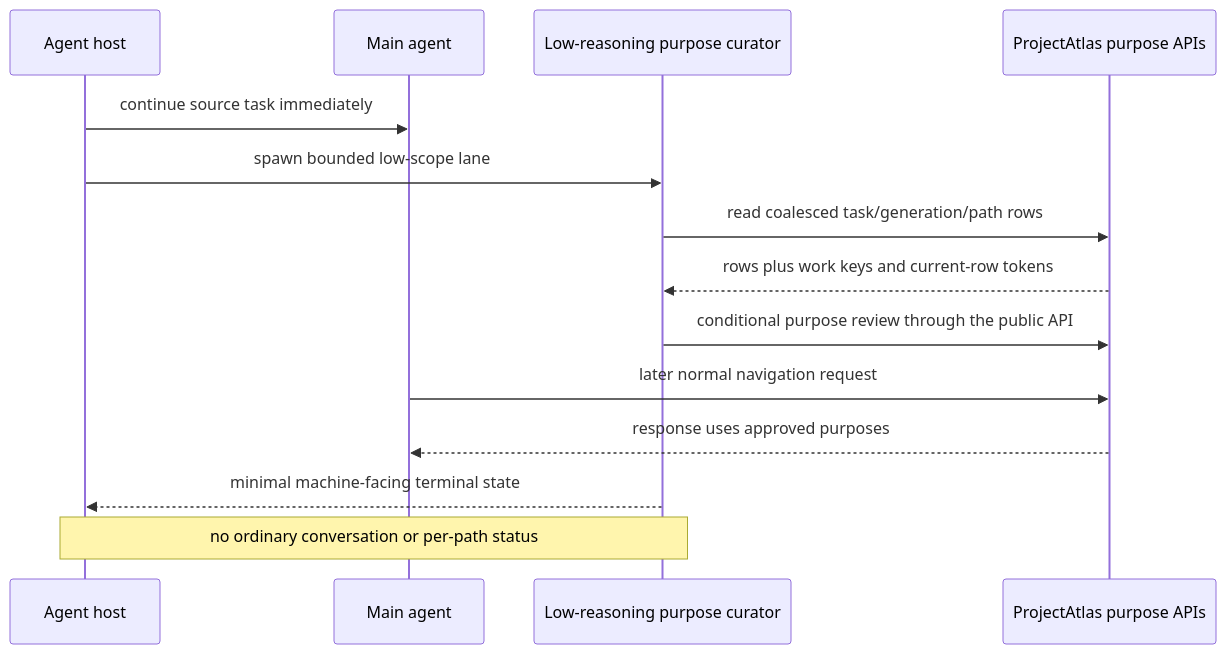
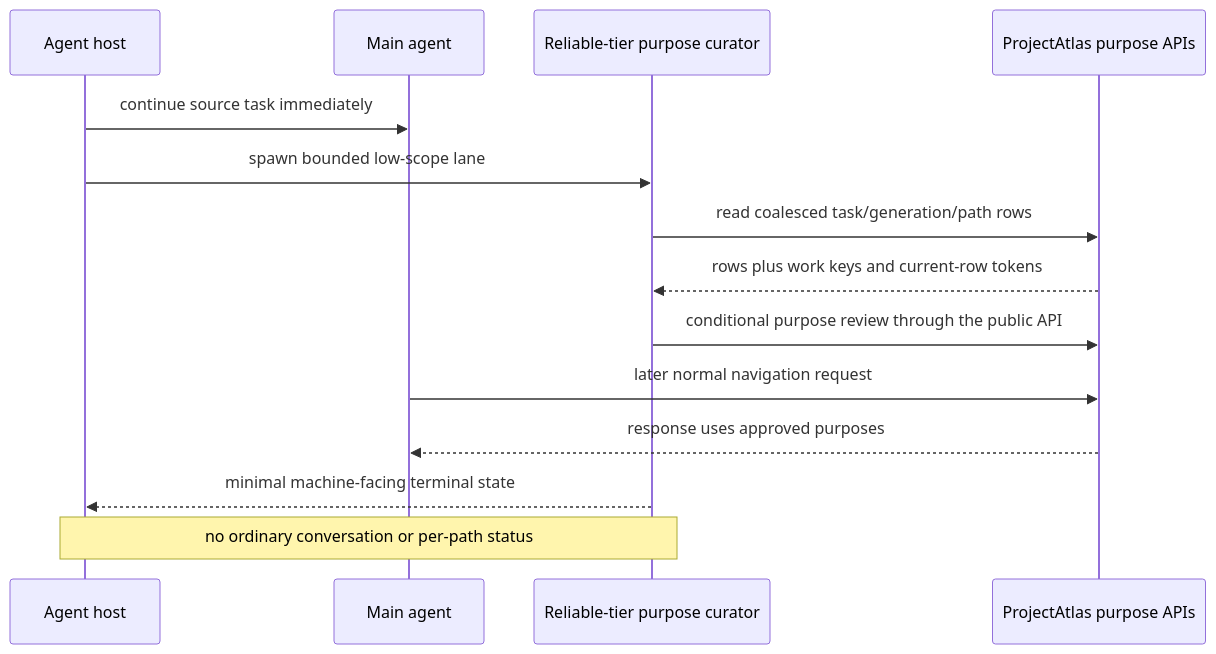
Before and after one commit to styler-ai/ProjectAtlas: the fourth of 4 diagrams in docs/agent-navigation.md, drawn with Mermaid. The commit also changed other lines of this file and 19 other files, not shown here.

Commit message:
fix(agent): qualify purpose curator tier (#427)

````diff
--- a/docs/agent-navigation.md
+++ b/docs/agent-navigation.md
@@ -171,17 +171,17 @@
 ```mermaid
 sequenceDiagram
     participant Host as Agent host
     participant Main as Main agent
-    participant Curator as Low-reasoning purpose curator
+    participant Curator as Reliable-tier purpose curator
     participant Atlas as ProjectAtlas purpose APIs
 
     Host->>Main: continue source task immediately
     Host->>Curator: spawn bounded low-scope lane
     Curator->>Atlas: read coalesced task/generation/path rows
     Atlas-->>Curator: rows plus work keys and current-row tokens
     Curator->>Atlas: conditional purpose review through the public API
     Main->>Atlas: later normal navigation request
     Atlas-->>Main: response uses approved purposes
     Curator-->>Host: minimal machine-facing terminal state
     Note over Curator,Host: no ordinary conversation or per-path status
 ```
````
